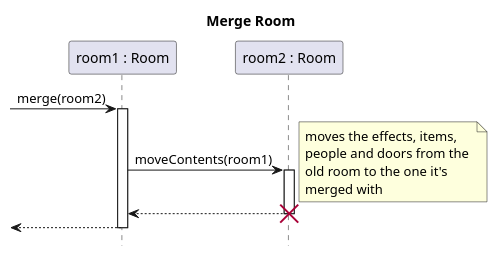
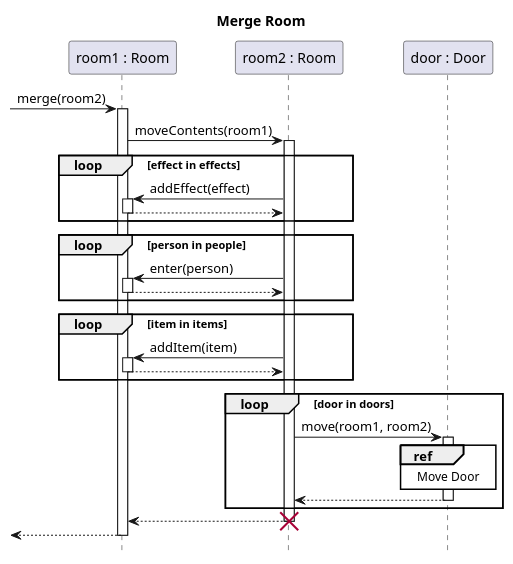
The diagram in docs/diagrams/sequence/room-merge.puml (sn4k3ch4rm3r/logarlec), drawn with PlantUML before and after one commit. The commit also changed 10 other files, not shown here.

Commit message:
Fixed errors, attempted to get the sequences and the class diagram in sync

```diff
--- a/docs/diagrams/sequence/room-merge.puml
+++ b/docs/diagrams/sequence/room-merge.puml
@@ -1,19 +1,32 @@
 @startuml room-merge
 title Merge Room
 hide footbox
+skinparam SequenceReferenceBackgroundColor white
+
 participant "room1 : Room" as r1
 participant "room2 : Room" as r2
-
+participant "door : Door" as door
 
 [-> r1 ++: merge(room2)
     r1 -> r2 ++: moveContents(room1)
-    note right
-        moves the effects, items,
-        people and doors from the 
-        old room to the one it's 
-        merged with
-    end note
+    loop effect in effects
+        r2 -> r1 ++: addEffect(effect)
+        return
+    end
+    loop person in people
+        r2 -> r1 ++: enter(person)
+        return
+    end
+    loop item in items
+        r2 -> r1 ++: addItem(item)
+        return
+    end
+    loop door in doors
+        r2 -> door ++: move(room1, room2)
+            ref over door: Move Door
+        return
+    end
     return
 destroy r2
 return
 @enduml
```
